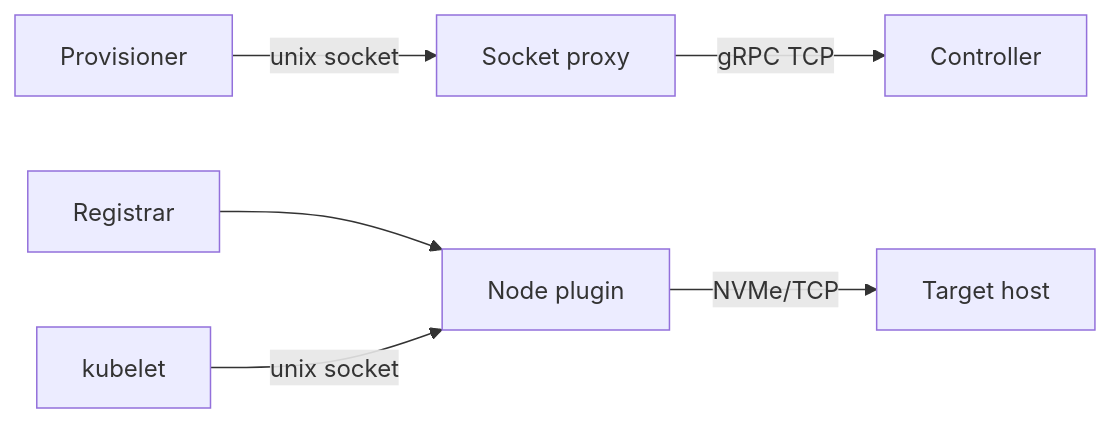
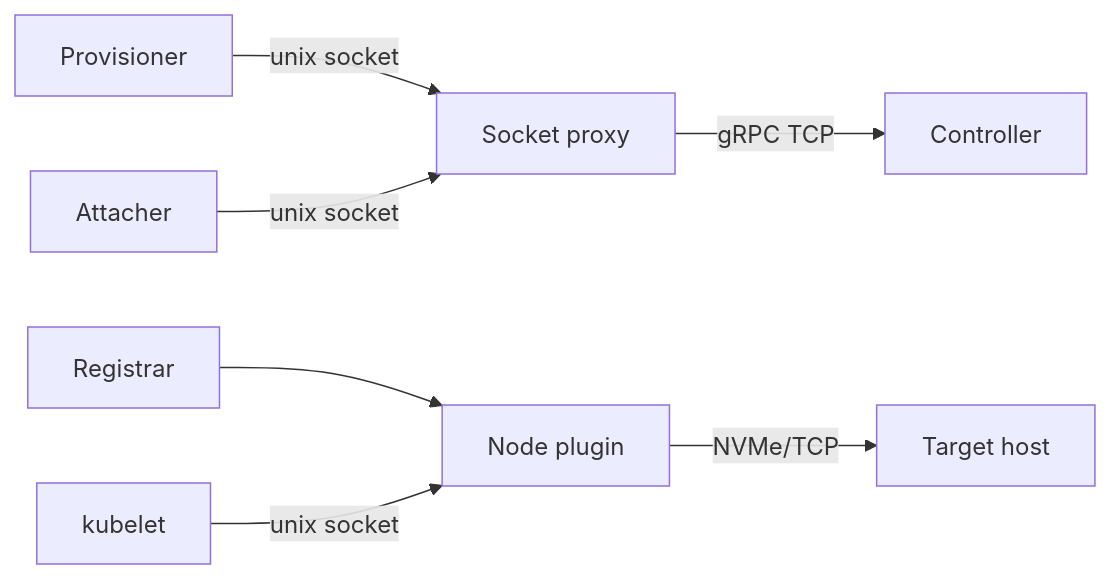
Before and after one commit to timpa0130/nvmeof-csi: the second of 3 diagrams in design/deployment.md, drawn with Mermaid. The commit also changed other lines of this file and 14 other files, not shown here.

````diff
--- a/design/deployment.md
+++ b/design/deployment.md
@@ -43,8 +43,9 @@
 ```mermaid
 flowchart LR
     EP["Provisioner"] -->|"unix socket"| PROXY["Socket proxy"]
+    AT["Attacher"] -->|"unix socket"| PROXY
     PROXY -->|"gRPC TCP"| CTRL["Controller"]
     REG["Registrar"] --> NODE["Node plugin"]
     KUBELET["kubelet"] -->|"unix socket"| NODE
     NODE -->|"NVMe/TCP"| TGT["Target host"]
 ```
````
